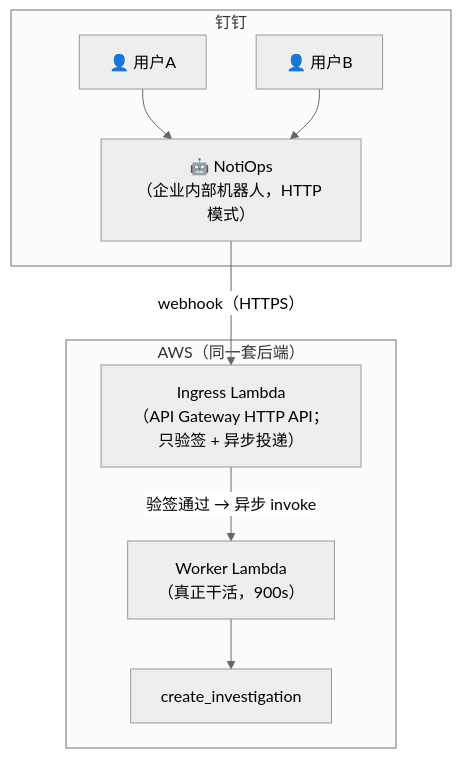
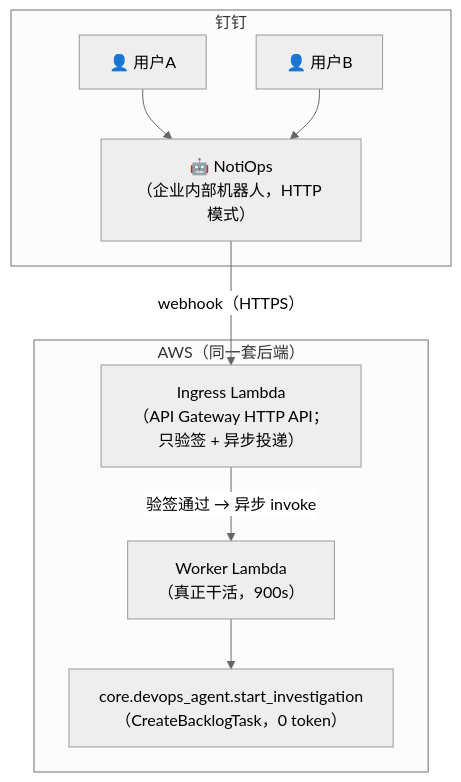
One commit to aws-samples/sample-notiops changed the sixth of 7 diagrams in docs/im-bot-interaction.md. Above: the diagram before and after it, drawn with Mermaid (neutral theme). The commit also changed other lines of this file and 171 other files, not shown here.

````diff
--- a/docs/im-bot-interaction.md
+++ b/docs/im-bot-interaction.md
@@ -161,18 +165,18 @@
 ```mermaid
 graph TB
     subgraph DingTalk["钉钉"]
         DBot["🤖 NotiOps<br/>（企业内部机器人，HTTP 模式）"]
         DUser1["👤 用户A"] --> DBot
         DUser2["👤 用户B"] --> DBot
     end
 
     subgraph AWS2["AWS（同一套后端）"]
         DIngress["Ingress Lambda<br/>（API Gateway HTTP API；只验签 + 异步投递）"]
         DWorker["Worker Lambda<br/>（真正干活，900s）"]
-        DInvestigate["create_investigation"]
+        DInvestigate["core.devops_agent.start_investigation<br/>（CreateBacklogTask，0 token）"]
     end
 
     DBot -->|"webhook（HTTPS）"| DIngress
     DIngress -->|"验签通过 → 异步 invoke"| DWorker
     DWorker --> DInvestigate
 ```
````
